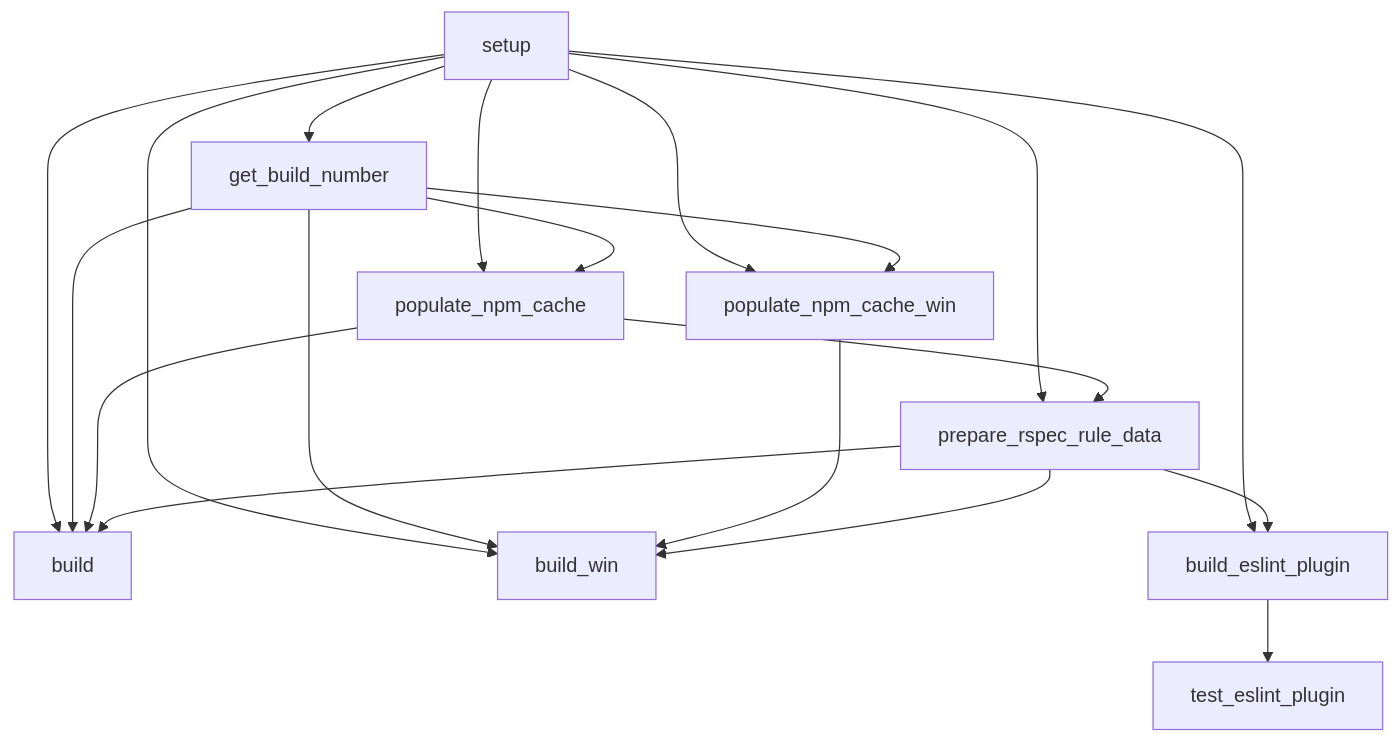
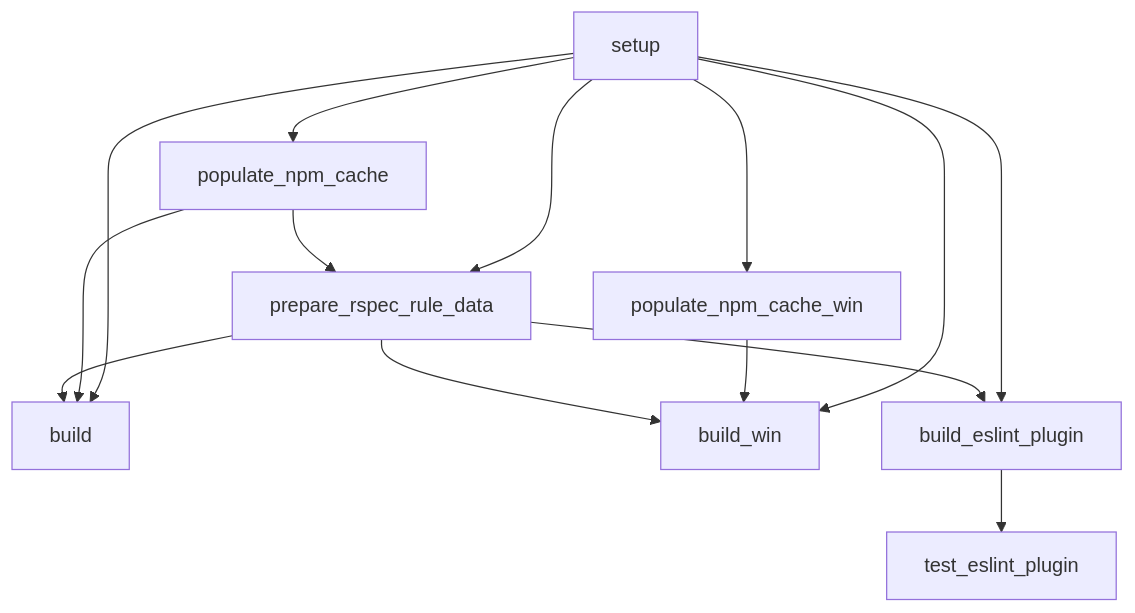
One commit to SonarSource/SonarJS changed the second of 4 diagrams in docs/CI.md. Above: the diagram before and after it, drawn with Mermaid. The commit also changed other lines of this file and 1 other file, not shown here.

````diff
--- a/docs/CI.md
+++ b/docs/CI.md
@@ -151,25 +149,20 @@
 ```mermaid
 flowchart TD
-  setup["setup"] --> get_build_number["get_build_number"]
-  setup --> populate_npm_cache["populate_npm_cache"]
-  get_build_number --> populate_npm_cache
+  setup["setup"] --> populate_npm_cache["populate_npm_cache"]
   setup --> populate_npm_cache_win["populate_npm_cache_win"]
-  get_build_number --> populate_npm_cache_win
 
   setup --> prepare_rspec_rule_data["prepare_rspec_rule_data"]
   populate_npm_cache --> prepare_rspec_rule_data
 
   setup --> build["build"]
-  get_build_number --> build
   populate_npm_cache --> build
   prepare_rspec_rule_data --> build
 
   setup --> build_win["build_win"]
-  get_build_number --> build_win
   populate_npm_cache_win --> build_win
   prepare_rspec_rule_data --> build_win
 
   setup --> build_eslint_plugin["build_eslint_plugin"]
   prepare_rspec_rule_data --> build_eslint_plugin
   build_eslint_plugin --> test_eslint_plugin["test_eslint_plugin"]
 ```
````
